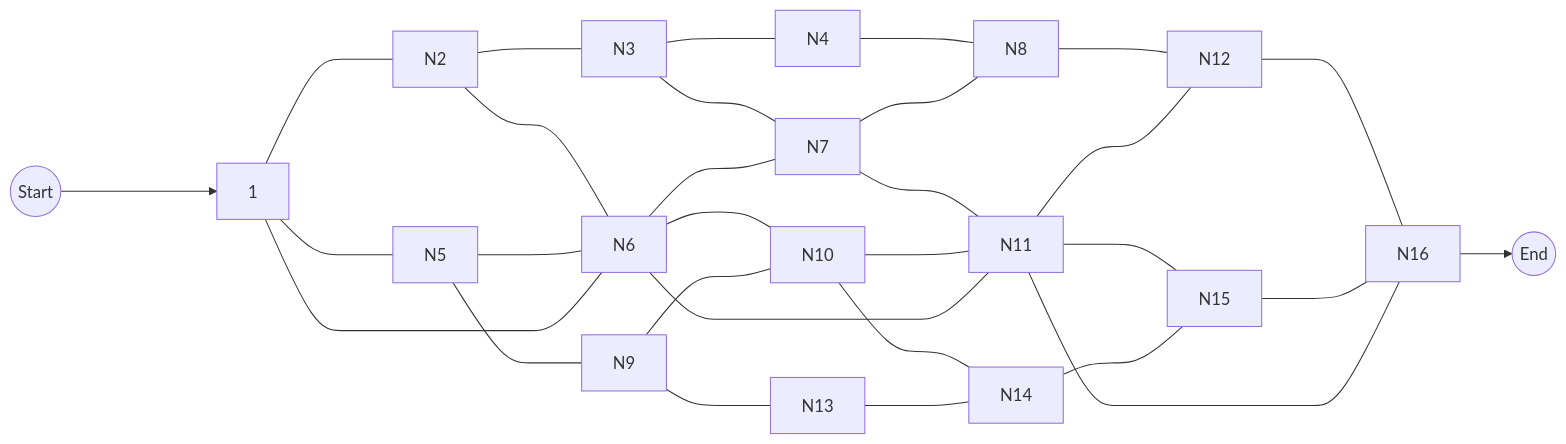
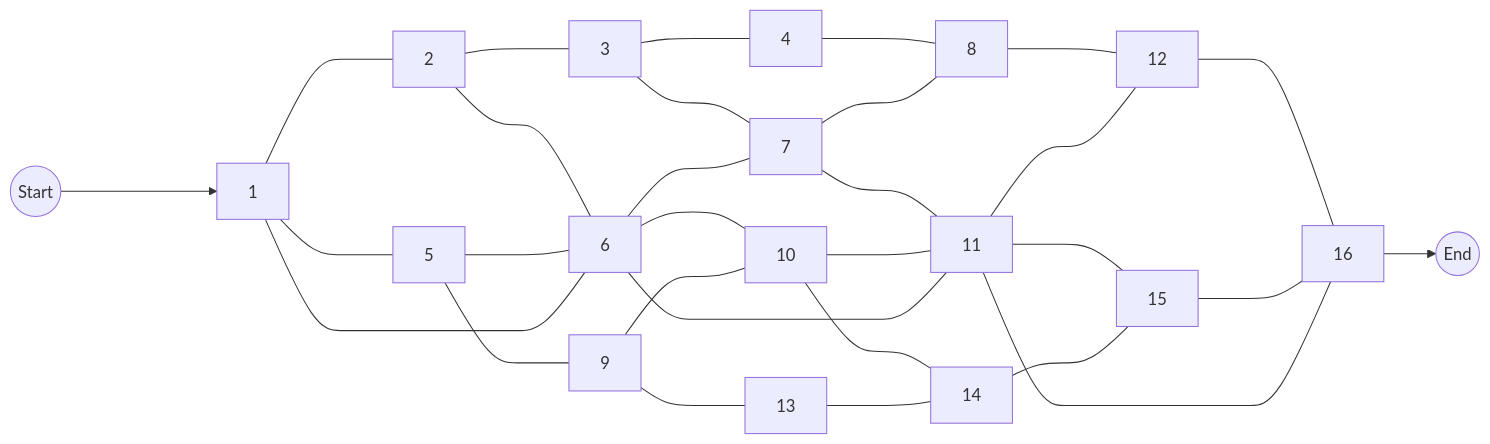
The tenth of 10 diagrams in tests/opp/doc/test_cases.md (ttl-ungs/order-picking-optimization), drawn with Mermaid before and after one commit. The commit also changed 1 other file, not shown here.

Commit message:
Update G10

````diff
--- a/tests/opp/doc/test_cases.md
+++ b/tests/opp/doc/test_cases.md
@@ -129,32 +129,32 @@
 ```mermaid
 graph LR
     S((Start)) ----> N1["1"]
-    N1 ---- N5
-    N5 ---- N9
-    N9 ---- N13
-    N1 ---- N2
-    N2 ---- N3
-    N3 ---- N4
-    N2 ---- N6
-    N6 ---- N10
-    N10 ---- N14
-    N3 ---- N7
-    N7 ---- N11
-    N11 ---- N15
-    N4 ---- N8
-    N8 ---- N12
-    N12 ---- N16
-    N5 ---- N6
+    N1 ---- N5["5"]
+    N5 ---- N9["9"]
+    N9 ---- N13["13"]
+    N1 ---- N2["2"]
+    N2 ---- N3["3"]
+    N3 ---- N4["4"]
+    N2 ---- N6["6"]
+    N6 ---- N10["10"]
+    N10 ---- N14["14"]
+    N3 ---- N7["7"]
+    N7 ---- N11["11"]
+    N11 ---- N15["15"]
+    N4 ---- N8["8"]
+    N8 ---- N12["12"]
+    N12 ---- N16["16"]
+    N5 ---- N6["6"]
     N6 ---- N7
     N7 ---- N8
     N9 ---- N10
     N10 ---- N11
     N11 ---- N12
     N13 ---- N14
     N14 ---- N15
     N15 ---- N16
     N1 ---- N6
     N6 ---- N11
     N11 ---- N16
     N16 --> E((End))
 ```
````
